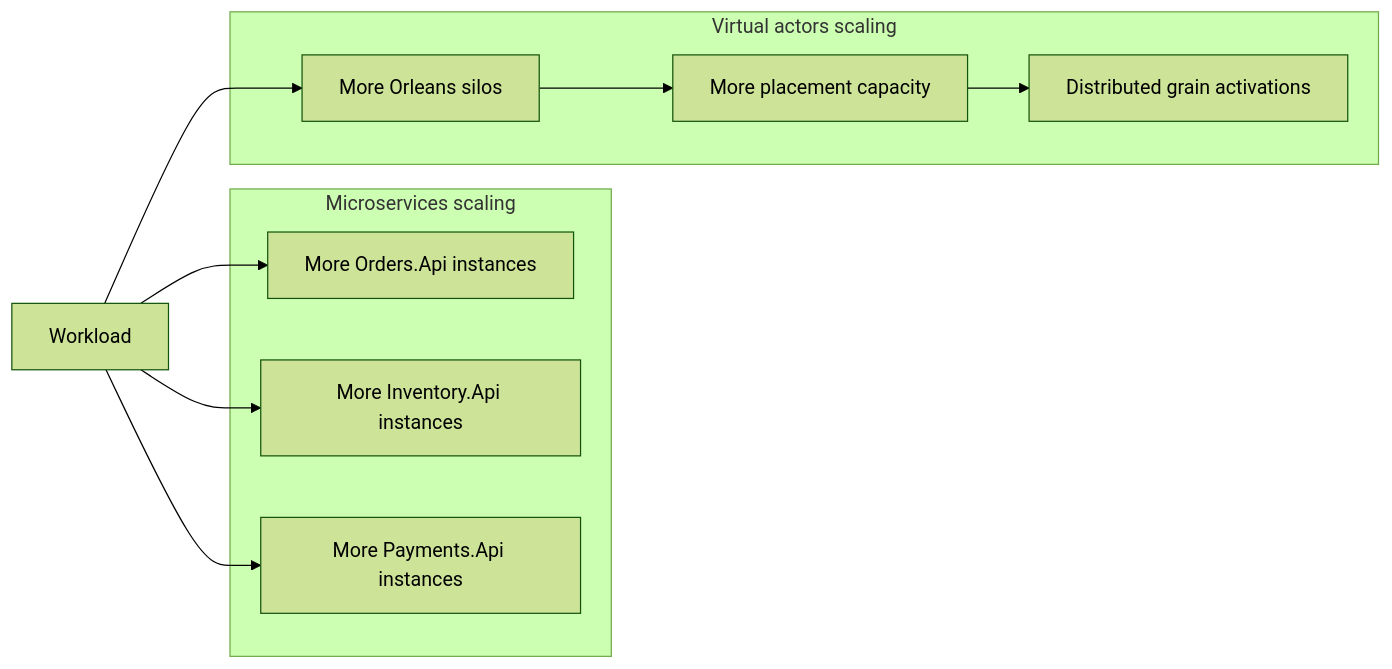
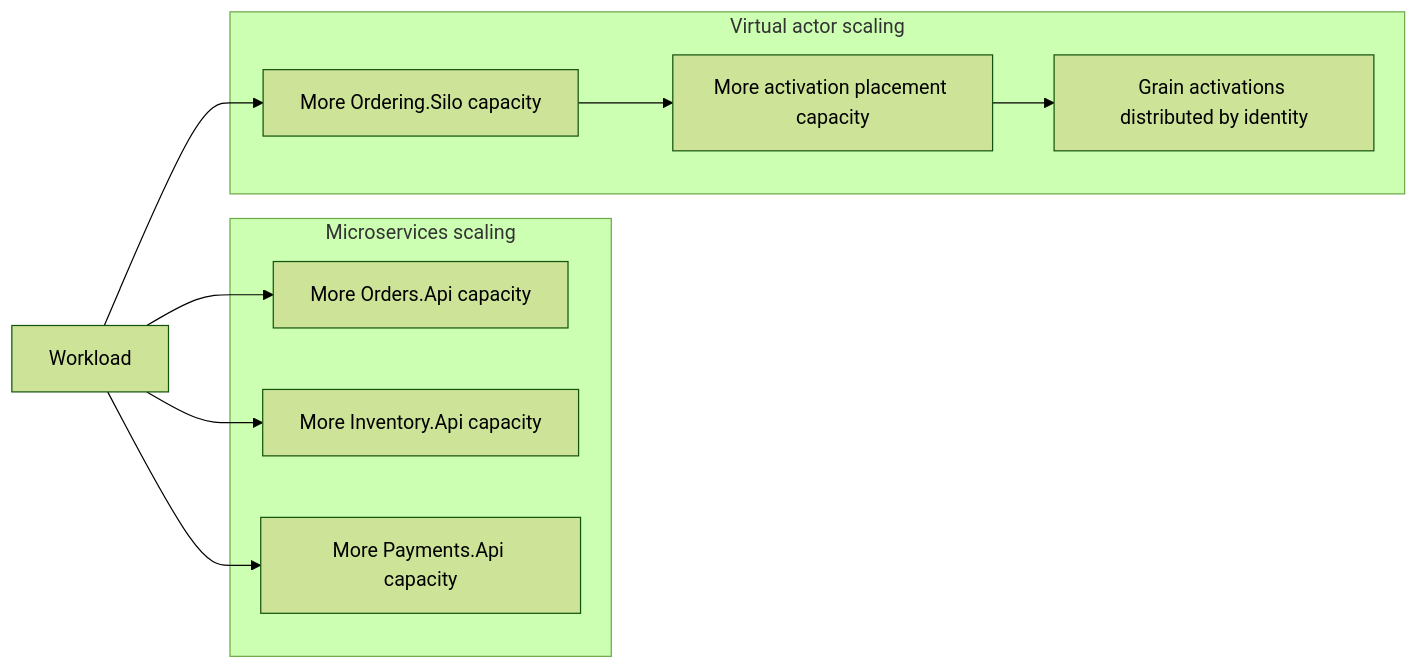
Before and after one commit to petesramek/microservices-vs-virtual-actors: the diagram in docs/06-scaling-comparison.md, drawn with Mermaid (forest theme). The commit also changed other lines of this file and 39 other files, not shown here.

````diff
--- a/docs/06-scaling-comparison.md
+++ b/docs/06-scaling-comparison.md
@@ -27,23 +13,24 @@
 ```mermaid
 flowchart LR
     Workload[Workload]
 
-    subgraph Microservices scaling
-        Orders[More Orders.Api instances]
-        Inventory[More Inventory.Api instances]
-        Payments[More Payments.Api instances]
+    subgraph Microservices[Microservices scaling]
+        Orders[More Orders.Api capacity]
+        Inventory[More Inventory.Api capacity]
+        Payments[More Payments.Api capacity]
     end
 
-    subgraph Virtual actors scaling
-        Silos[More Orleans silos]
-        Placement[More placement capacity]
-        Activations[Distributed grain activations]
+    subgraph VirtualActors[Virtual actor scaling]
+        Silos[More Ordering.Silo capacity]
+        Placement[More activation placement capacity]
+        Activations[Grain activations distributed by identity]
     end
 
     Workload --> Orders
     Workload --> Inventory
     Workload --> Payments
+
     Workload --> Silos
     Silos --> Placement
     Placement --> Activations
 ```
````
